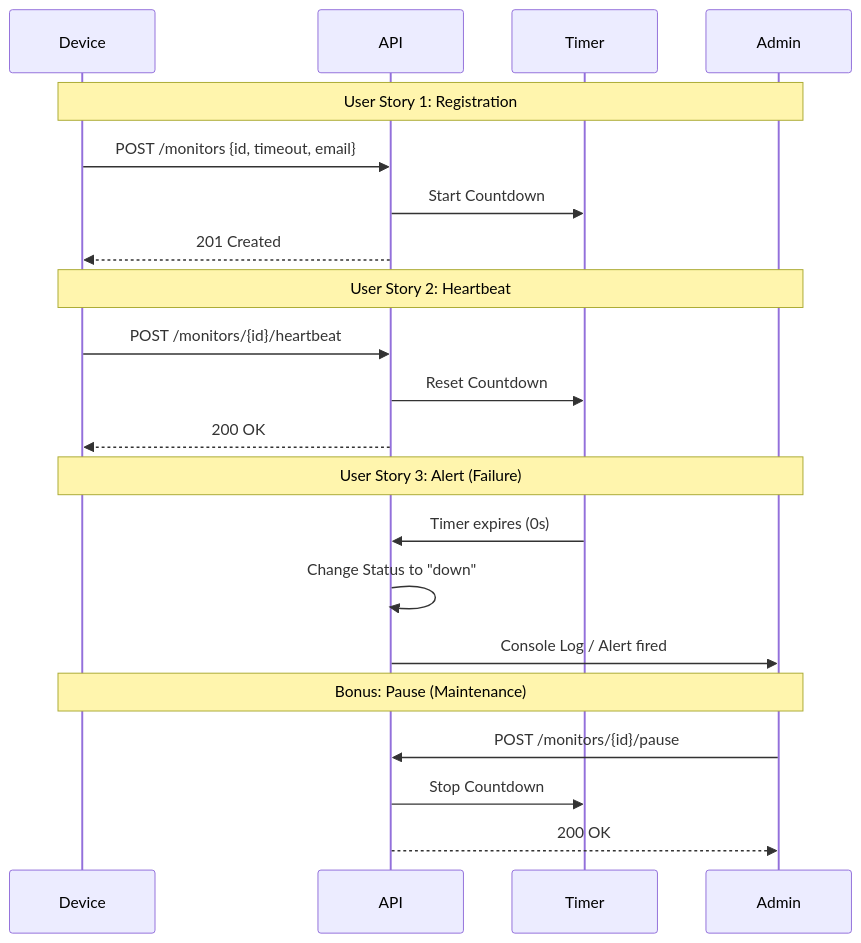
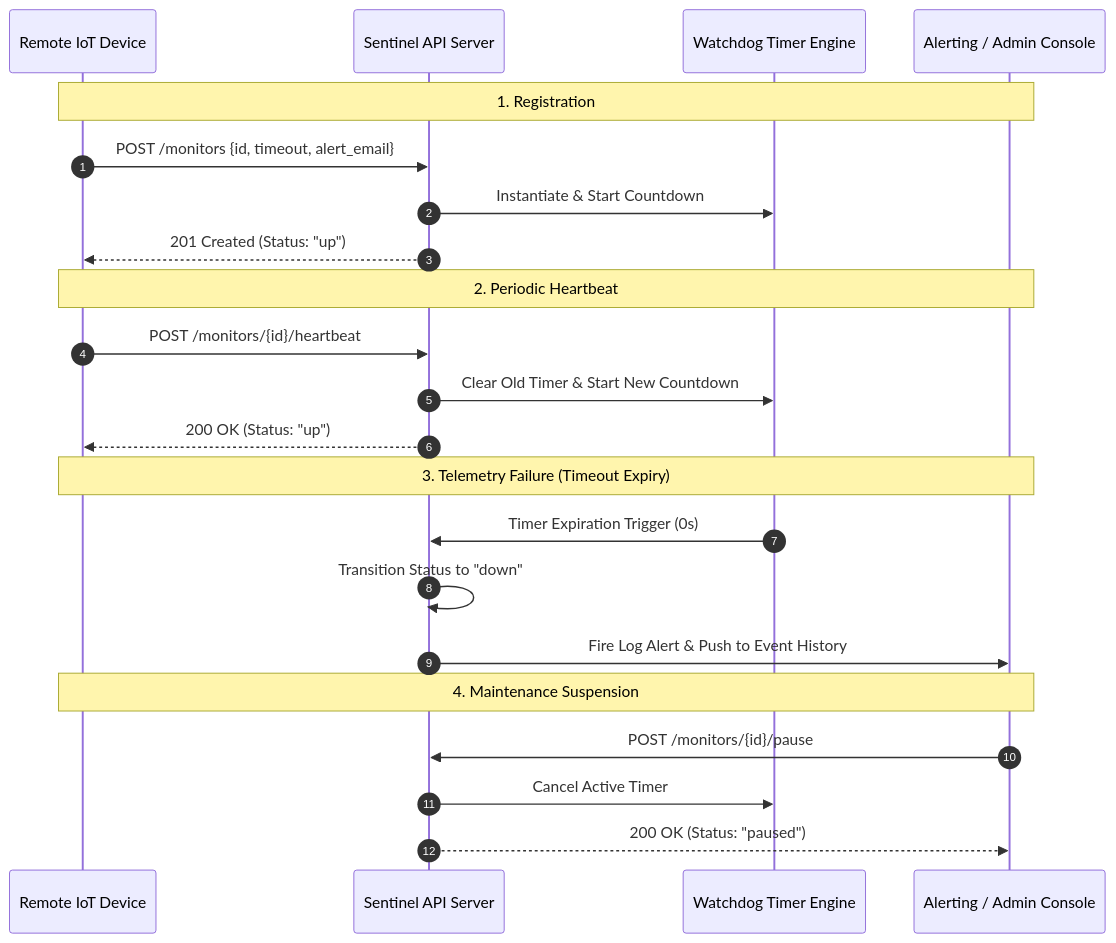
Before and after one commit to Syber-Tek/building_an_api: the diagram in README.md, drawn with Mermaid. The commit also changed other lines of this file, not shown here.

````diff
--- a/README.md
+++ b/README.md
@@ -11,27 +32,28 @@
 ```mermaid
 sequenceDiagram
-    participant Device
-    participant API
-    participant Timer
-    participant Admin
+    autonumber
+    participant Device as Remote IoT Device
+    participant API as Sentinel API Server
+    participant Timer as Watchdog Timer Engine
+    participant Admin as Alerting / Admin Console
 
-    Note over Device, Admin: User Story 1: Registration
-    Device->>API: POST /monitors {id, timeout, email}
-    API->>Timer: Start Countdown
-    API-->>Device: 201 Created
+    Note over Device, Admin: 1. Registration
+    Device->>API: POST /monitors {id, timeout, alert_email}
+    API->>Timer: Instantiate & Start Countdown
+    API-->>Device: 201 Created (Status: "up")
 
-    Note over Device, Admin: User Story 2: Heartbeat
+    Note over Device, Admin: 2. Periodic Heartbeat
     Device->>API: POST /monitors/{id}/heartbeat
-    API->>Timer: Reset Countdown
-    API-->>Device: 200 OK
+    API->>Timer: Clear Old Timer & Start New Countdown
+    API-->>Device: 200 OK (Status: "up")
 
-    Note over Device, Admin: User Story 3: Alert (Failure)
-    Timer->>API: Timer expires (0s)
-    API->>API: Change Status to "down"
-    API->>Admin: Console Log / Alert fired
-    
-    Note over Device, Admin: Bonus: Pause (Maintenance)
+    Note over Device, Admin: 3. Telemetry Failure (Timeout Expiry)
+    Timer->>API: Timer Expiration Trigger (0s)
+    API->>API: Transition Status to "down"
+    API->>Admin: Fire Log Alert & Push to Event History
+
+    Note over Device, Admin: 4. Maintenance Suspension
     Admin->>API: POST /monitors/{id}/pause
-    API->>Timer: Stop Countdown
-    API-->>Admin: 200 OK
+    API->>Timer: Cancel Active Timer
+    API-->>Admin: 200 OK (Status: "paused")
 ```
````
